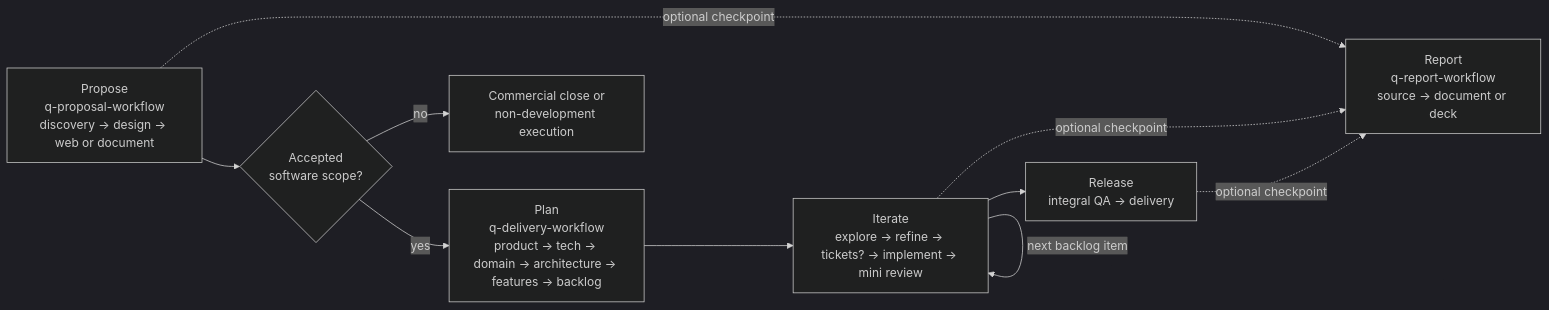
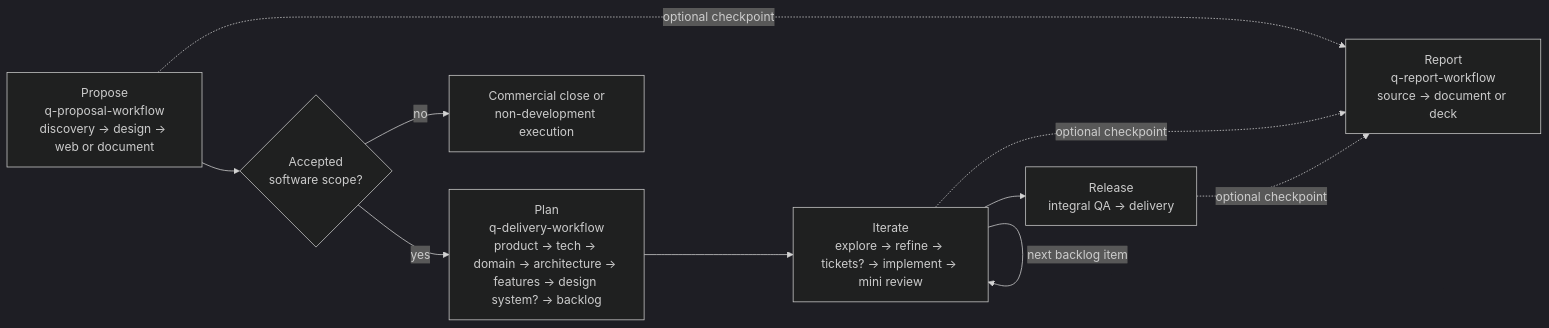
Before and after one commit to flaviogragnolati/ai-workflow: the second of 2 diagrams in README.md, drawn with Mermaid (dark theme). The commit also changed other lines of this file and 33 other files, not shown here.

First line of the commit message:
feat: Introduce design system stage and related artifacts

````diff
--- a/README.md
+++ b/README.md
@@ -101,12 +101,12 @@
 ```mermaid
 flowchart LR
     P["Propose<br/>q-proposal-workflow<br/>discovery → design → web or document"] --> G{"Accepted<br/>software scope?"}
-    G -->|"yes"| A["Plan<br/>q-delivery-workflow<br/>product → tech → domain → architecture → features → backlog"]
+    G -->|"yes"| A["Plan<br/>q-delivery-workflow<br/>product → tech → domain → architecture → features → design system? → backlog"]
     G -->|"no"| C["Commercial close or<br/>non-development execution"]
     A --> I["Iterate<br/>explore → refine → tickets? → implement → mini review"]
     I --> Q["Release<br/>integral QA → delivery"]
     I -->|"next backlog item"| I
     P -. "optional checkpoint" .-> R["Report<br/>q-report-workflow<br/>source → document or deck"]
     I -. "optional checkpoint" .-> R
     Q -. "optional checkpoint" .-> R
 ```
````
